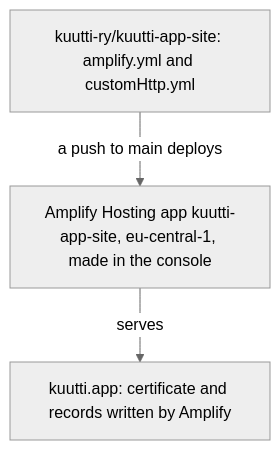
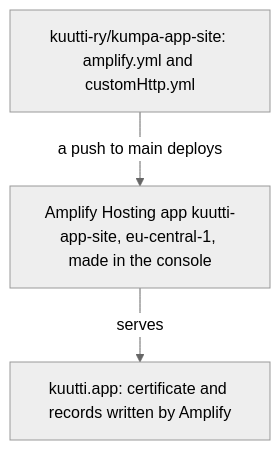
Before and after one commit to kuutti-ry/kumpa-app: the sixth of 6 diagrams in docs/architecture/deployment.md, drawn with Mermaid (neutral theme). The commit also changed other lines of this file and 44 other files, not shown here.

First line of the commit message:
Point the scripts and docs at the kumpa-app repositories (#704)

````diff
--- a/docs/architecture/deployment.md
+++ b/docs/architecture/deployment.md
@@ -324,10 +324,10 @@
 ```mermaid
 flowchart TB
   accTitle: Deployment, part 6: the website
   accDescr: The website's own repository deploys to an Amplify Hosting app made in the console, which serves kuutti.app with a certificate and records Amplify wrote into the zone.
-  n61["kuutti-ry/kuutti-app-site: amplify.yml and customHttp.yml"]
+  n61["kuutti-ry/kumpa-app-site: amplify.yml and customHttp.yml"]
   n62["Amplify Hosting app kuutti-app-site, eu-central-1, made in the console"]
   n63["kuutti.app: certificate and records written by Amplify"]
   n61 -->|"a push to main deploys"| n62
   n62 -->|"serves"| n63
 ```
````
